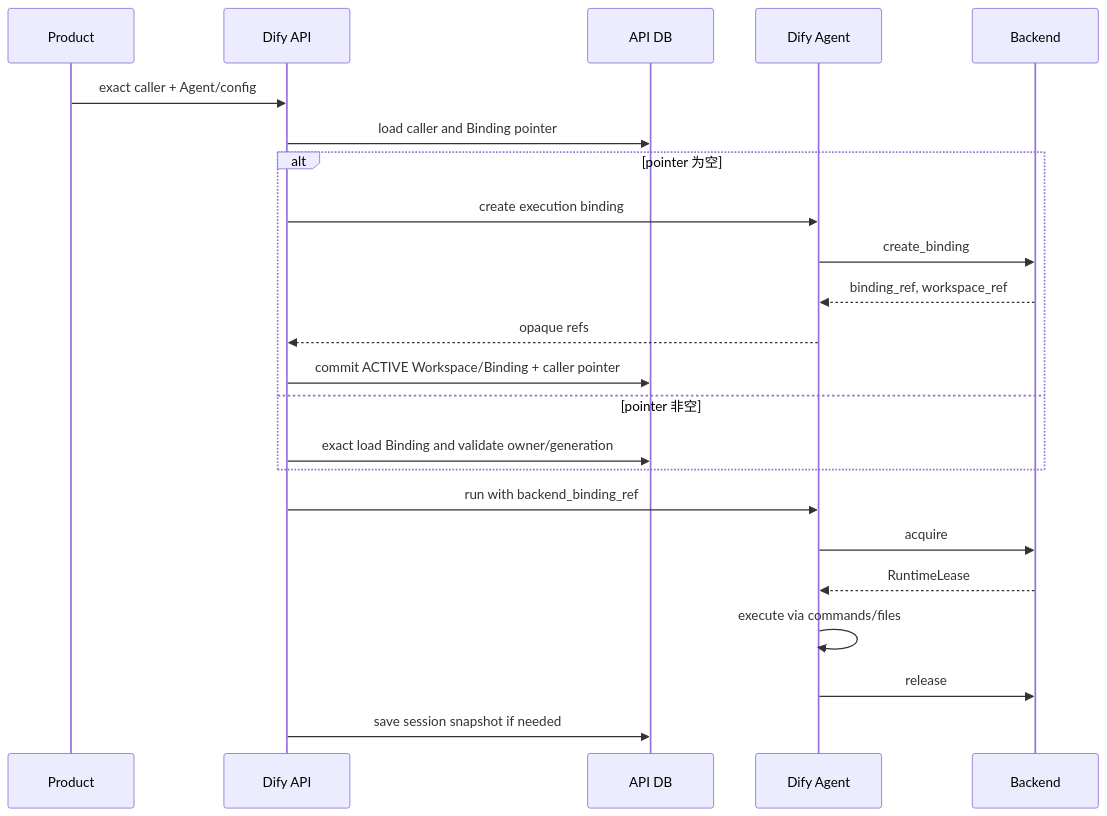
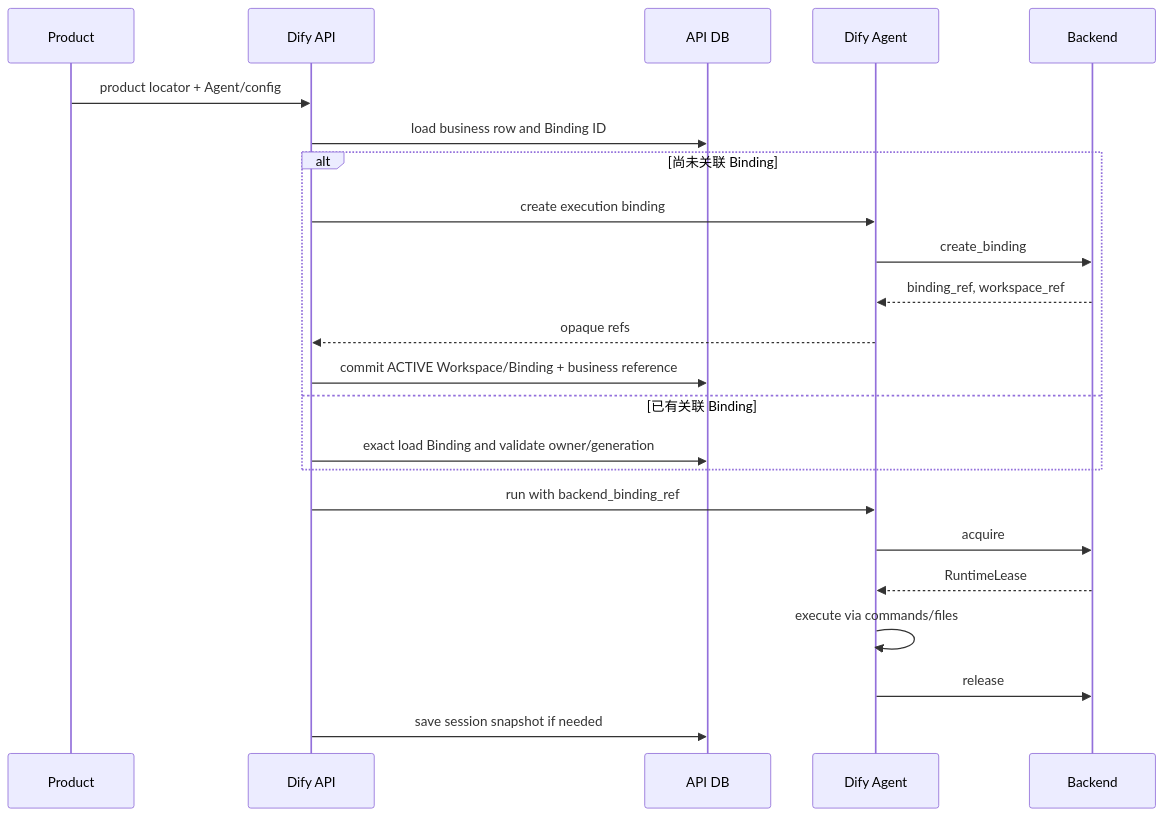
One commit to langgenius/dify changed the fourth of 4 diagrams in .context/docs/260723-agent-working-environment-architecture-doc.md. Above: the diagram before and after it, drawn with Mermaid. The commit also changed other lines of this file and 2 other files, not shown here.

Commit message:
docs: clarify binding resource state

````diff
--- a/.context/docs/260723-agent-working-environment-architecture-doc.md
+++ b/.context/docs/260723-agent-working-environment-architecture-doc.md
@@ -625,26 +623,26 @@
 ```mermaid
 sequenceDiagram
     participant Product
     participant API as Dify API
     participant DB as API DB
     participant Agent as Dify Agent
     participant Backend
 
-    Product->>API: exact caller + Agent/config
-    API->>DB: load caller and Binding pointer
-    alt pointer 为空
+    Product->>API: product locator + Agent/config
+    API->>DB: load business row and Binding ID
+    alt 尚未关联 Binding
         API->>Agent: create execution binding
         Agent->>Backend: create_binding
         Backend-->>Agent: binding_ref, workspace_ref
         Agent-->>API: opaque refs
-        API->>DB: commit ACTIVE Workspace/Binding + caller pointer
-    else pointer 非空
+        API->>DB: commit ACTIVE Workspace/Binding + business reference
+    else 已有关联 Binding
         API->>DB: exact load Binding and validate owner/generation
     end
     API->>Agent: run with backend_binding_ref
     Agent->>Backend: acquire
     Backend-->>Agent: RuntimeLease
     Agent->>Agent: execute via commands/files
     Agent->>Backend: release
     API->>DB: save session snapshot if needed
 ```
````
